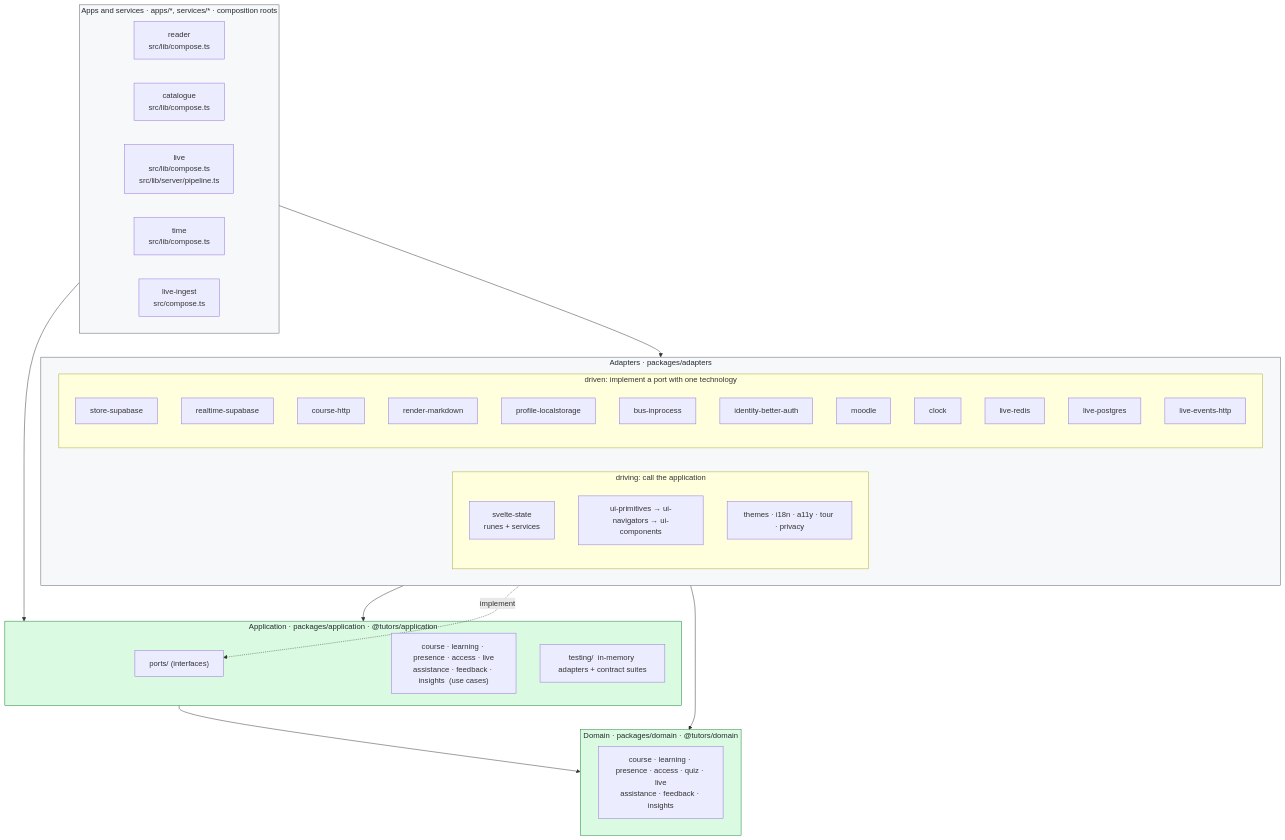
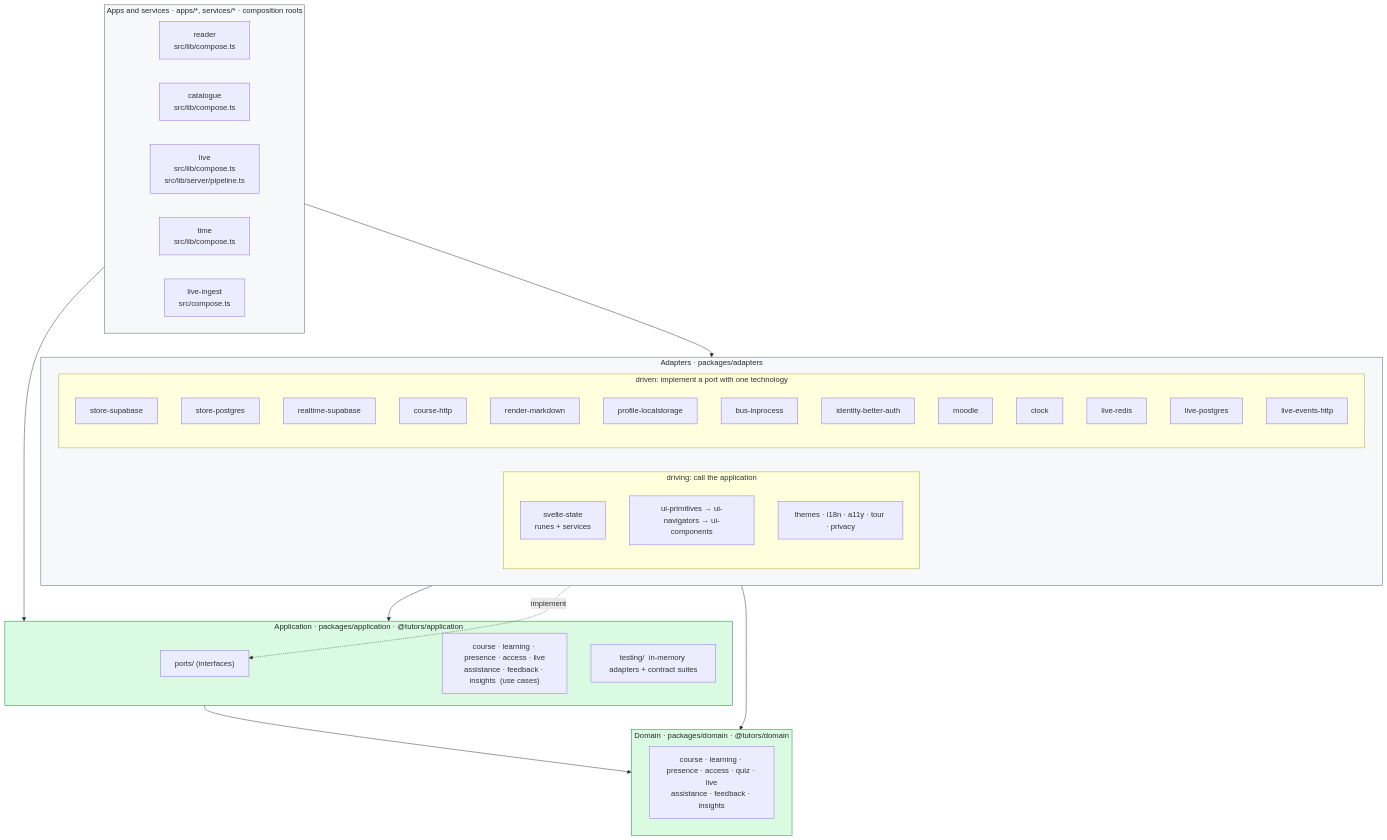
The third of 13 diagrams in ARCHITECTURE.md (lgriffin/tutors-mono-repo-1), drawn with Mermaid before and after one commit. The commit also changed other lines of this file and 44 other files, not shown here.

First line of the commit message:
feat(store): plain Postgres store behind the store ports, picked by DATA_STORE (S2)

````diff
--- a/ARCHITECTURE.md
+++ b/ARCHITECTURE.md
@@ -124,56 +124,57 @@
 ```mermaid
 flowchart TB
   subgraph apps["Apps and services  ·  apps/*, services/*  ·  composition roots"]
     direction LR
     readerApp["reader<br/>src/lib/compose.ts"]
     catalogueApp["catalogue<br/>src/lib/compose.ts"]
     liveApp["live<br/>src/lib/compose.ts<br/>src/lib/server/pipeline.ts"]
     timeApp["time<br/>src/lib/compose.ts"]
     ingestService["live-ingest<br/>src/compose.ts"]
   end
 
   subgraph adapters["Adapters  ·  packages/adapters"]
     direction LR
     subgraph driving["driving: call the application"]
       svelteState["svelte-state<br/>runes + services"]
       ui["ui-primitives → ui-navigators → ui-components"]
       cross["themes · i18n · a11y · tour · privacy"]
     end
     subgraph driven["driven: implement a port with one technology"]
       storeSupabase["store-supabase"]
+      storePostgres["store-postgres"]
       realtimeSupabase["realtime-supabase"]
       courseHttp["course-http"]
       renderMarkdown["render-markdown"]
       profileLocal["profile-localstorage"]
       bus["bus-inprocess"]
       identity["identity-better-auth"]
       moodle["moodle"]
       clock["clock"]
       liveRedis["live-redis"]
       livePostgres["live-postgres"]
       liveHttp["live-events-http"]
     end
   end
 
   subgraph application["Application  ·  packages/application  ·  @tutors/application"]
     ports["ports/  (interfaces)"]
     useCases["course · learning · presence · access · live<br/>assistance · feedback · insights  (use cases)"]
     testing["testing/  in-memory adapters + contract suites"]
   end
 
   subgraph domain["Domain  ·  packages/domain  ·  @tutors/domain"]
     domainModules["course · learning · presence · access · quiz · live<br/>assistance · feedback · insights"]
   end
 
   apps --> adapters
   apps --> application
   driving --> application
   driven -. implement .-> ports
   driven --> domain
   application --> domain
 
   classDef ring fill:#f6f8fa,stroke:#57606a,color:#24292f
   classDef core fill:#dafbe1,stroke:#1a7f37,color:#24292f
   class apps,adapters ring
   class application,domain core
 ```
````
